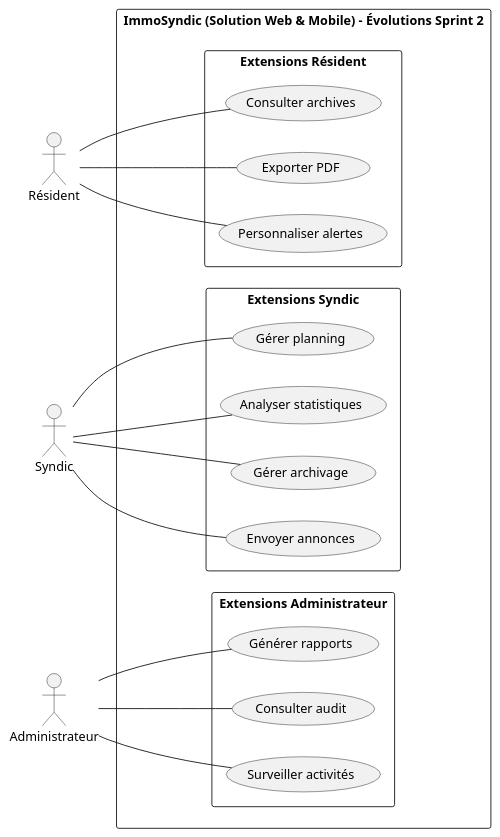
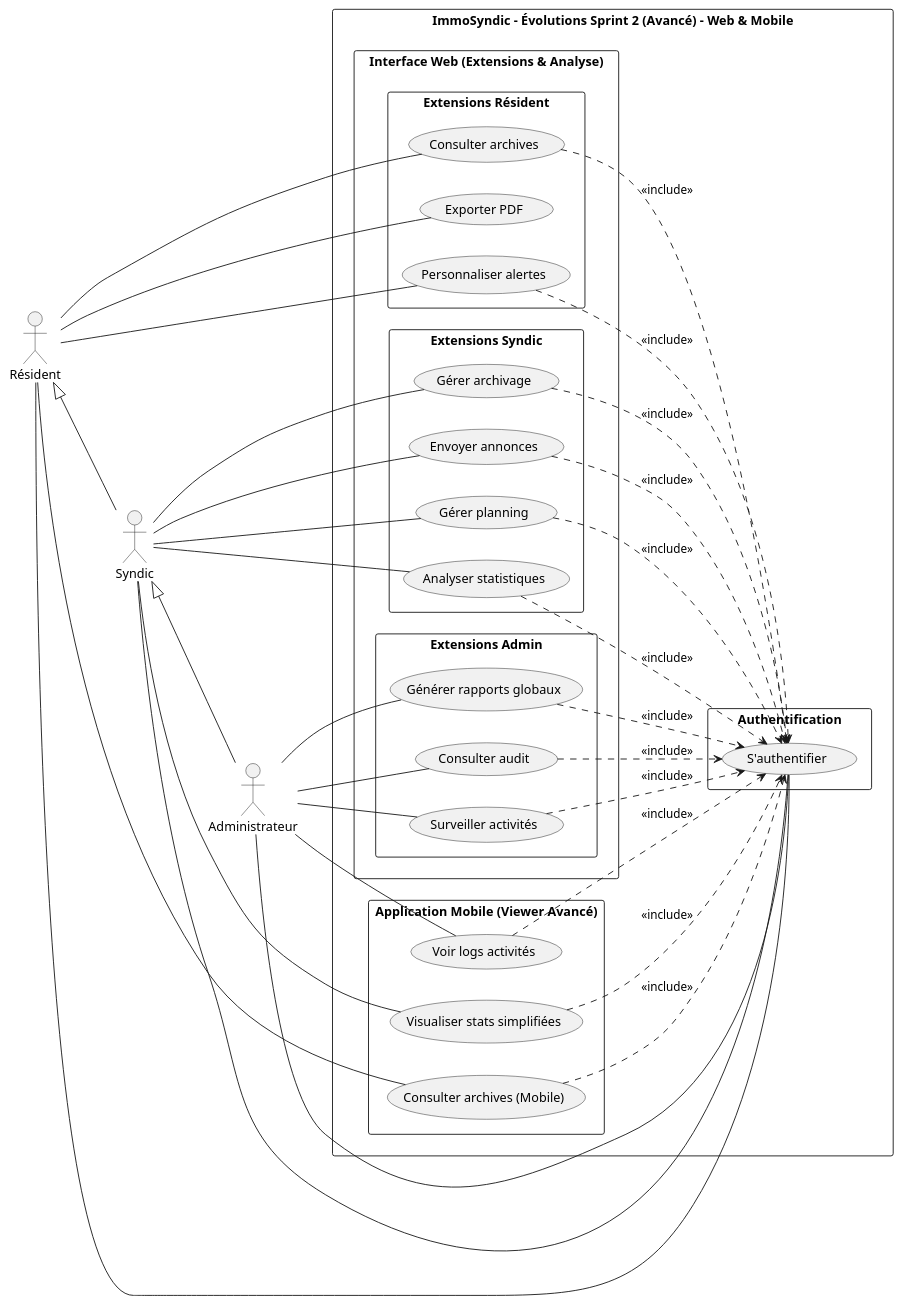
The diagram in analyse/ideation/cas_utilisation/use_case_sprint2_avance.puml (fadna-lakhouchen/Projet-finale), drawn with PlantUML before and after one commit. The commit also changed 5 other files, not shown here.

```diff
--- a/analyse/ideation/cas_utilisation/use_case_sprint2_avance.puml
+++ b/analyse/ideation/cas_utilisation/use_case_sprint2_avance.puml
@@ -1,34 +1,88 @@
-@startuml
+@startuml ImmoSyndic_Sprint_2_Avance
 left to right direction
 skinparam packageStyle rectangle
 skinparam shadowing false
 
-' Define actors
+' Actors
 actor "Résident" as Resident
 actor "Syndic" as Syndic
 actor "Administrateur" as Admin
 
-rectangle "ImmoSyndic (Solution Web & Mobile) - Évolutions Sprint 2" {
+' Hierarchy
+Resident <|-- Syndic
+Syndic <|-- Admin
 
-  package "Extensions Résident" {
-    Resident -- (Consulter archives)
-    Resident -- (Exporter PDF)
-    Resident -- (Personnaliser alertes)
+rectangle "ImmoSyndic - Évolutions Sprint 2 (Avancé) - Web & Mobile" {
+
+  package "Authentification" {
+    usecase "S'authentifier" as Auth
   }
 
-  package "Extensions Syndic" {
-    Syndic -- (Gérer planning)
-    Syndic -- (Analyser statistiques)
-    Syndic -- (Gérer archivage)
-    Syndic -- (Envoyer annonces)
+  package "Interface Web (Extensions & Analyse)" {
+    
+    package "Extensions Résident" {
+      usecase "Consulter archives" as ViewArchives
+      usecase "Exporter PDF" as ExportPDF
+      usecase "Personnaliser alertes" as SetAlerts
+
+      ViewArchives ..> Auth : <<include>>
+      SetAlerts ..> Auth : <<include>>
+    }
+
+    package "Extensions Syndic" {
+      usecase "Gérer planning" as ManagePlanning
+      usecase "Analyser statistiques" as ViewStats
+      usecase "Gérer archivage" as ArchiveDocs
+      usecase "Envoyer annonces" as SendNews
+
+      ManagePlanning ..> Auth : <<include>>
+      ViewStats ..> Auth : <<include>>
+      ArchiveDocs ..> Auth : <<include>>
+      SendNews ..> Auth : <<include>>
+    }
+
+    package "Extensions Admin" {
+      usecase "Générer rapports globaux" as GlobalReports
+      usecase "Consulter audit" as AuditLogs
+      usecase "Surveiller activités" as MonitorActivity
+
+      GlobalReports ..> Auth : <<include>>
+      AuditLogs ..> Auth : <<include>>
+      MonitorActivity ..> Auth : <<include>>
+    }
   }
 
-  package "Extensions Administrateur" {
-    Admin -- (Générer rapports)
-    Admin -- (Consulter audit)
-    Admin -- (Surveiller activités)
+  package "Application Mobile (Viewer Avancé)" {
+    usecase "Consulter archives (Mobile)" as MobileViewArchives
+    usecase "Visualiser stats simplifiées" as MobileViewStats
+    usecase "Voir logs activités" as MobileViewLogs
+
+    MobileViewArchives ..> Auth : <<include>>
+    MobileViewStats ..> Auth : <<include>>
+    MobileViewLogs ..> Auth : <<include>>
   }
-
 }
 
+' Connections Web
+Resident -- Auth
+Resident -- ViewArchives
+Resident -- ExportPDF
+Resident -- SetAlerts
+
+Syndic -- Auth
+Syndic -- ManagePlanning
+Syndic -- ViewStats
+Syndic -- ArchiveDocs
+Syndic -- SendNews
+
+Admin -- Auth
+Admin -- GlobalReports
+Admin -- AuditLogs
+Admin -- MonitorActivity
+
+' Connections Mobile (Consultation Only)
+Resident -- MobileViewArchives
+Syndic -- MobileViewStats
+Admin -- MobileViewLogs
+
 @enduml
```
